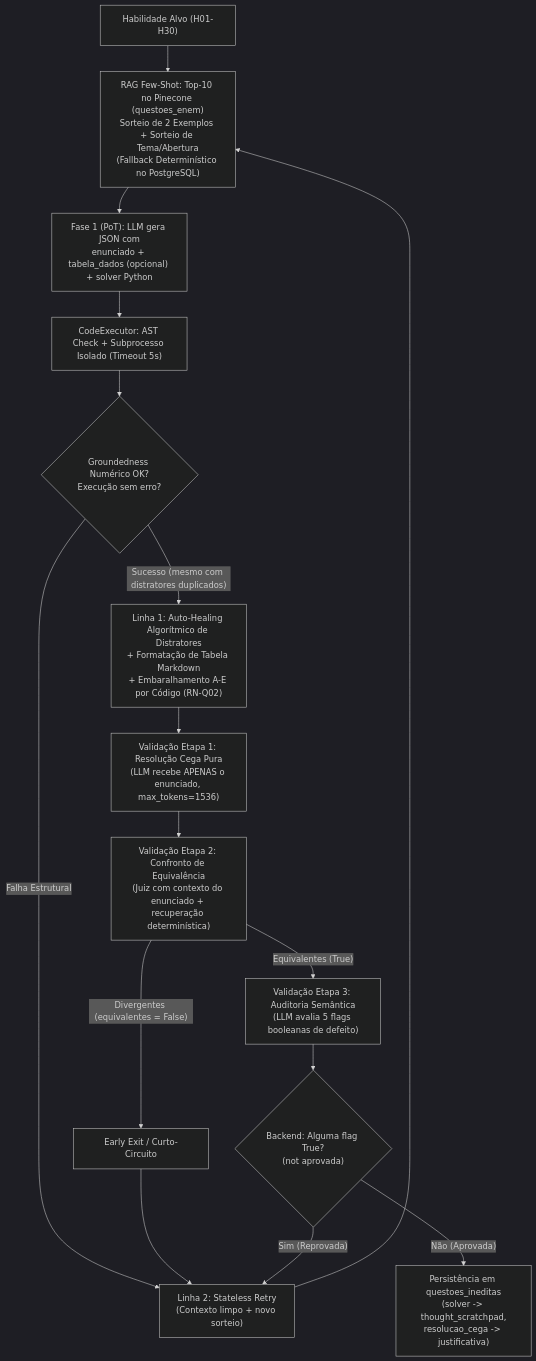
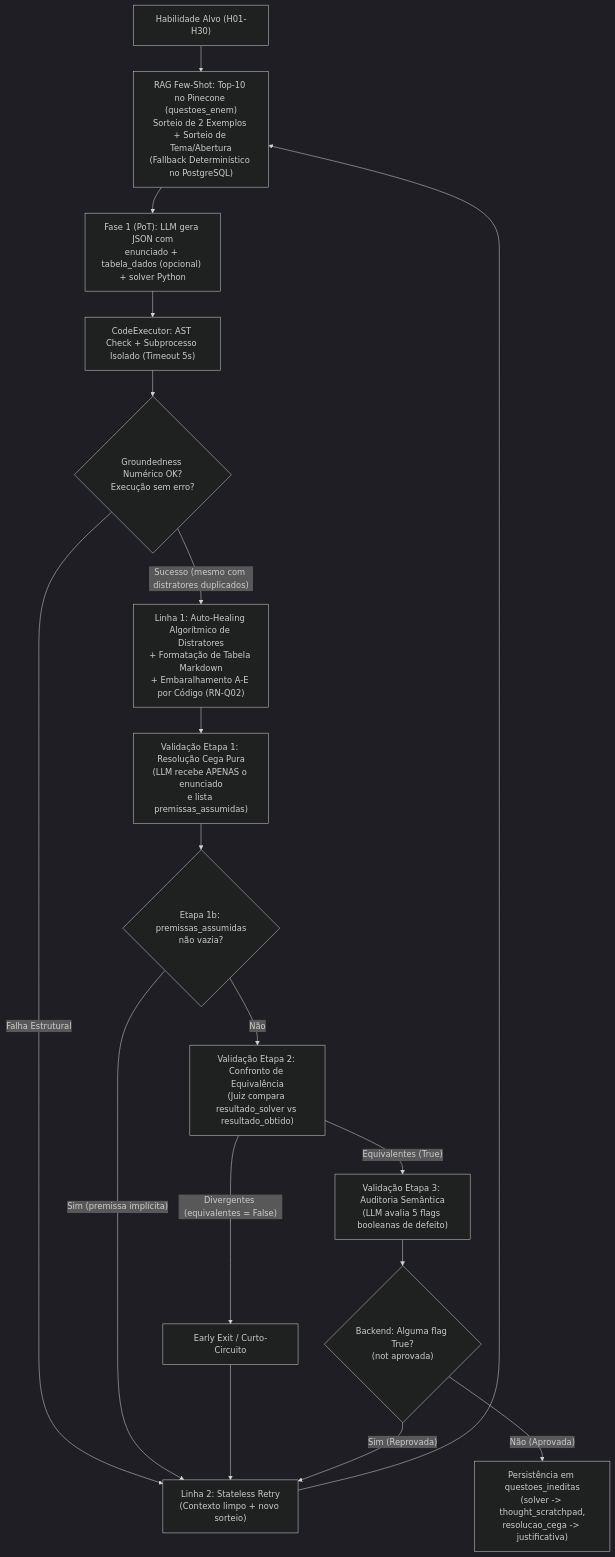
Before and after one commit to burnesz/vera: the diagram in docs/02-dominios-e-fluxos/geracao-questoes-pot.md, drawn with Mermaid (dark theme). The commit also changed other lines of this file and 12 other files, not shown here.

````diff
--- a/docs/02-dominios-e-fluxos/geracao-questoes-pot.md
+++ b/docs/02-dominios-e-fluxos/geracao-questoes-pot.md
@@ -28,18 +28,20 @@
 ```mermaid
 flowchart TD
     A["Habilidade Alvo (H01-H30)"] --> B["RAG Few-Shot: Top-10 no Pinecone (questoes_enem)\nSorteio de 2 Exemplos + Sorteio de Tema/Abertura\n(Fallback Determinístico no PostgreSQL)"]
     B --> C["Fase 1 (PoT): LLM gera JSON com\nenunciado + tabela_dados (opcional) + solver Python"]
     C --> D["CodeExecutor: AST Check + Subprocesso Isolado (Timeout 5s)"]
     D --> E{"Groundedness Numérico OK?\nExecução sem erro?"}
     E -- "Falha Estrutural" --> F["Linha 2: Stateless Retry\n(Contexto limpo + novo sorteio)"]
     F --> B
     E -- "Sucesso (mesmo com distratores duplicados)" --> G["Linha 1: Auto-Healing Algorítmico de Distratores\n+ Formatação de Tabela Markdown\n+ Embaralhamento A-E por Código (RN-Q02)"]
-    G --> H["Validação Etapa 1: Resolução Cega Pura\n(LLM recebe APENAS o enunciado, max_tokens=1536)"]
-    H --> I["Validação Etapa 2: Confronto de Equivalência\n(Juiz com contexto do enunciado + recuperação determinística)"]
+    G --> H["Validação Etapa 1: Resolução Cega Pura\n(LLM recebe APENAS o enunciado\ne lista premissas_assumidas)"]
+    H --> H2{"Etapa 1b: premissas_assumidas\nnão vazia?"}
+    H2 -- "Sim (premissa implícita)" --> F
+    H2 -- "Não" --> I["Validação Etapa 2: Confronto de Equivalência\n(Juiz compara resultado_solver vs resultado_obtido)"]
     I -- "Divergentes (equivalentes = False)" --> J["Early Exit / Curto-Circuito"]
     J --> F
     I -- "Equivalentes (True)" --> K["Validação Etapa 3: Auditoria Semântica\n(LLM avalia 5 flags booleanas de defeito)"]
     K --> L{"Backend: Alguma flag True?\n(not aprovada)"}
     L -- "Sim (Reprovada)" --> F
     L -- "Não (Aprovada)" --> M["Persistência em questoes_ineditas\n(solver -> thought_scratchpad,\nresolucao_cega -> justificativa)"]
 ```
````
